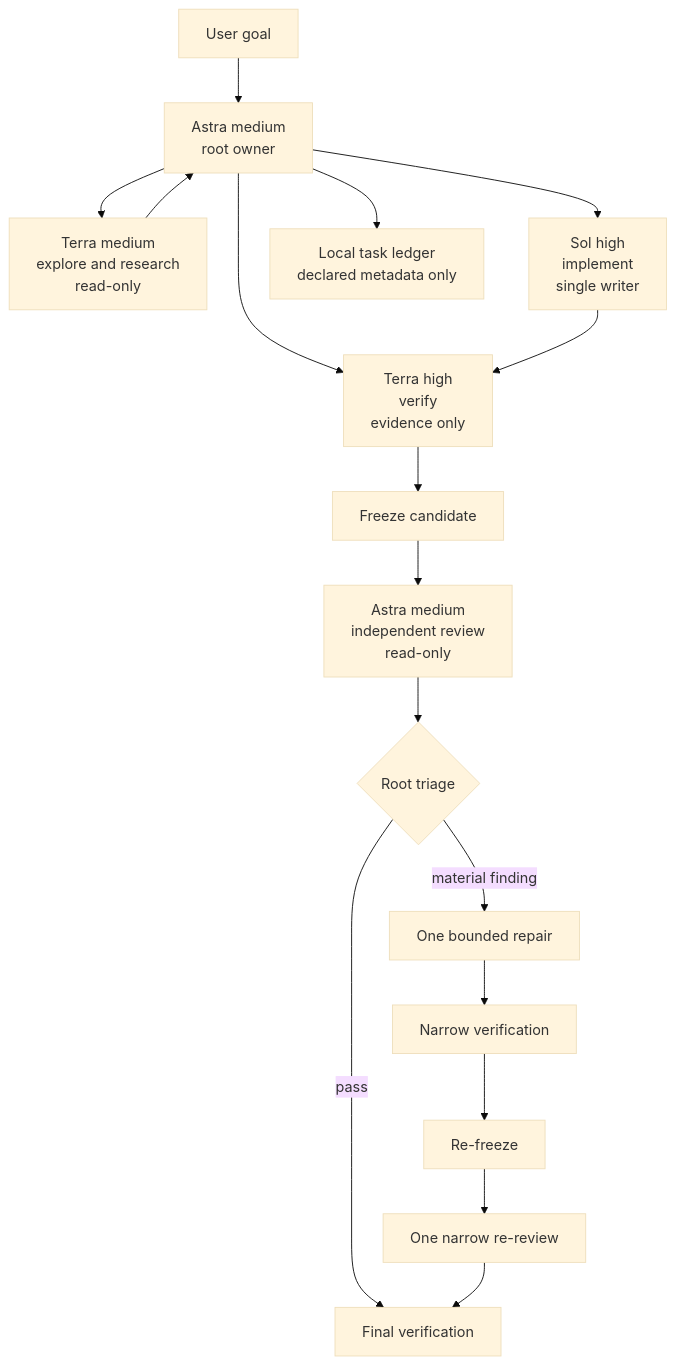
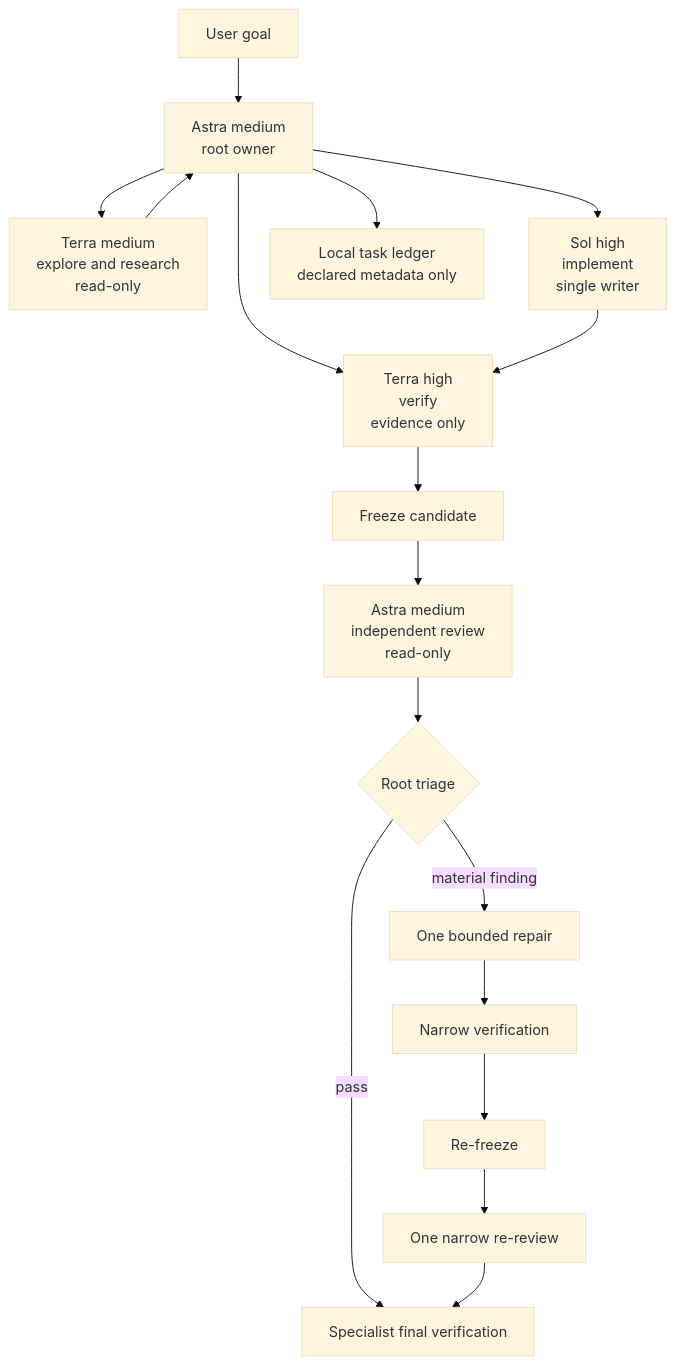
Before and after one commit to metapak/codex-bounded-orchestrator: the diagram in README.md, drawn with Mermaid (base theme). The commit also changed other lines of this file and 7 other files, not shown here.

````diff
--- a/README.md
+++ b/README.md
@@ -46,19 +48,19 @@
 ```mermaid
 flowchart TD
     U[User goal] --> O["Astra medium<br/>root owner"]
     O --> E["Terra medium<br/>explore and research<br/>read-only"]
     O --> I["Sol high<br/>implement<br/>single writer"]
     O --> V["Terra high<br/>verify<br/>evidence only"]
     O --> L["Local task ledger<br/>declared metadata only"]
     E --> O
     I --> V
     V --> F[Freeze candidate]
     F --> R["Astra medium<br/>independent review<br/>read-only"]
     R --> T{Root triage}
-    T -->|pass| D[Final verification]
+    T -->|pass| D[Specialist final verification]
     T -->|material finding| B[One bounded repair]
     B --> V2[Narrow verification]
     V2 --> F2[Re-freeze]
     F2 --> R2[One narrow re-review]
     R2 --> D
 ```
````
